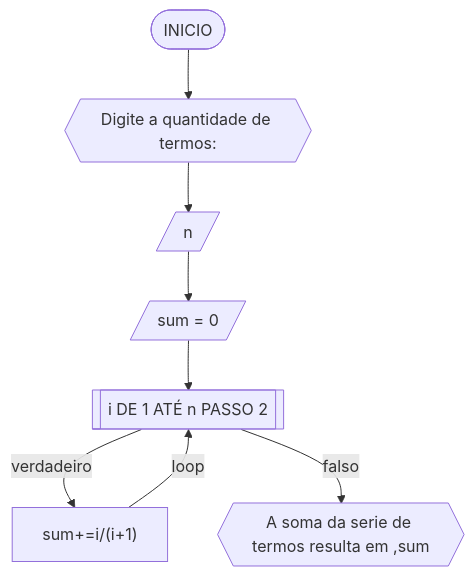
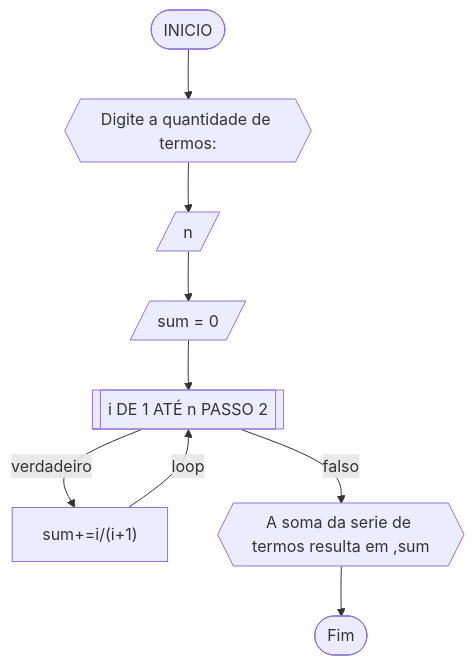
The fourth of 7 diagrams in RLA/unidade1/AD1.md (IsyCirino/unifor), drawn with Mermaid before and after one commit. The commit also changed other lines of this file, not shown here.

````diff
--- a/RLA/unidade1/AD1.md
+++ b/RLA/unidade1/AD1.md
@@ -207,11 +208,12 @@
 ```mermaid
 flowchart TD
 A([INICIO]) --> B{{Digite a quantidade de termos: }}
 B-->C[/n/]
 C-->F[/sum = 0/]
 F-->D[[i DE 1 ATÉ n PASSO 2]]
 D-->|verdadeiro|E["sum+=i/(i+1)"]
 E-->|loop|D
 D-->|falso|G{{A soma da serie de termos resulta em ,sum}}
+G-->L([Fim])
 
 ```
````
